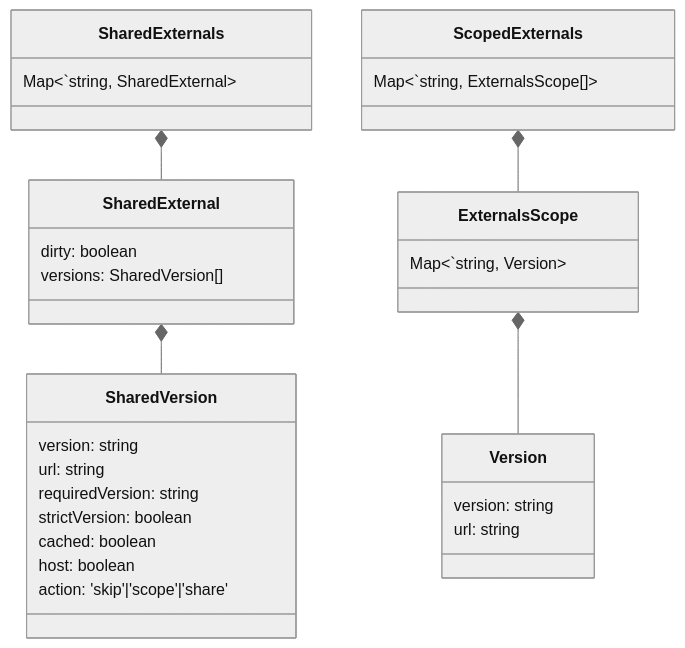
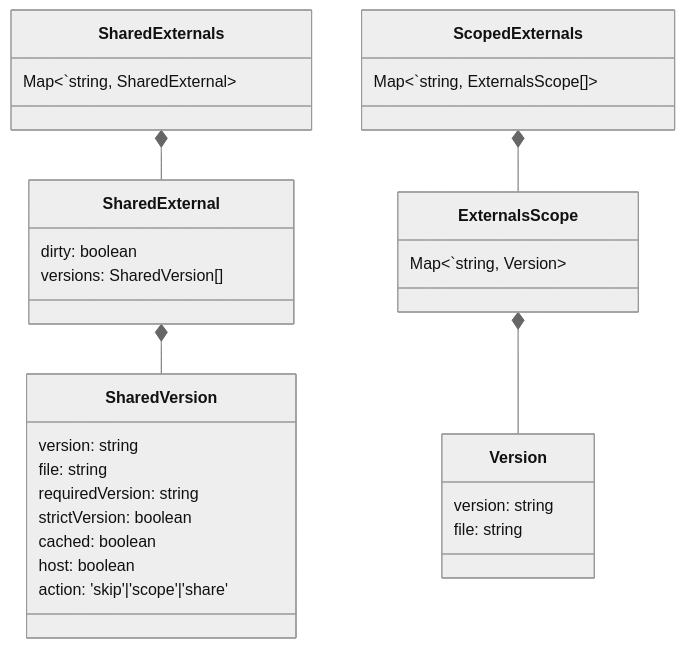
Before and after one commit to topicusonderwijs/vanilla-native-federation: the fourth of 4 diagrams in docs/domain.md, drawn with Mermaid (neutral theme). The commit also changed other lines of this file and 16 other files, not shown here.

````diff
--- a/docs/domain.md
+++ b/docs/domain.md
@@ -150,35 +150,35 @@
 ```mermaid
 classDiagram
     SharedExternals *-- SharedExternal
     SharedExternal *-- SharedVersion
     ScopedExternals *-- ExternalsScope
     ExternalsScope *-- Version
 
     class SharedExternals {
         Map<`string, SharedExternal>
     }
     class SharedExternal {
         dirty: boolean
         versions: SharedVersion[]
     }
     class SharedVersion{
         version: string
-        url: string
+        file: string
         requiredVersion: string
         strictVersion: boolean
         cached: boolean
         host: boolean
         action: 'skip'|'scope'|'share'
     }  
     class ScopedExternals {
         Map<`string, ExternalsScope[]>
     } 
     class ExternalsScope {
         Map<`string, Version>
     } 
     class Version{
         version: string
-        url: string
+        file: string
     }
 
 ```
````
